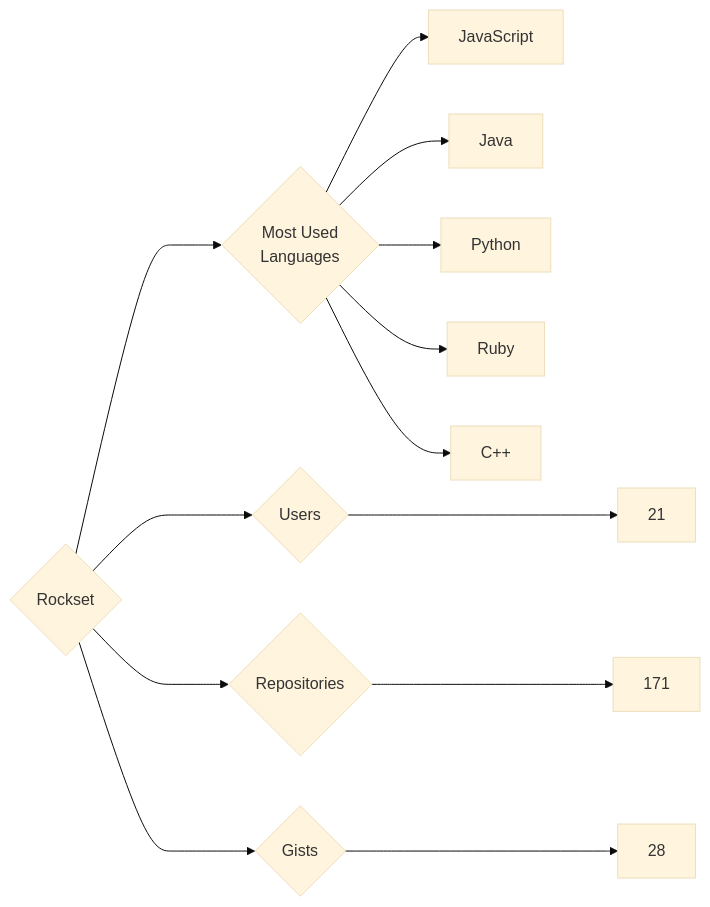
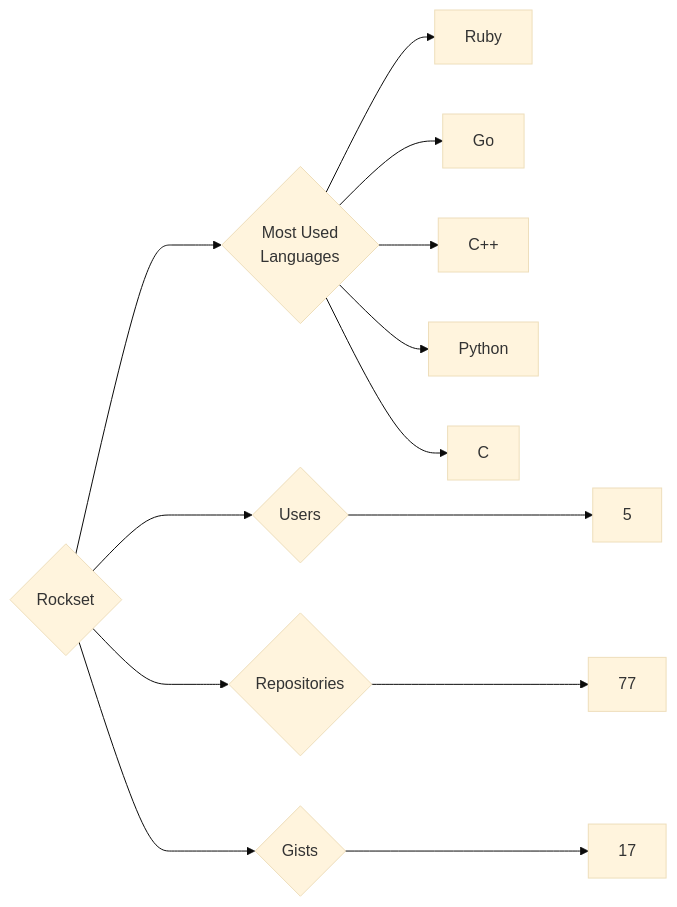
One commit to trickest/insiders changed the diagram in targets/Rockset/README.md. Above: the diagram before and after it, drawn with Mermaid (base theme). The commit also changed 965 other files, not shown here.

````diff
--- a/targets/Rockset/README.md
+++ b/targets/Rockset/README.md
@@ -3,13 +3,13 @@
 ```mermaid
 graph LR
 COMPANY_NAME{Rockset}
-COMPANY_NAME ---> U{Users} ---> UN[21]
-COMPANY_NAME ---> R{Repositories} ---> RN[171]
-COMPANY_NAME ---> G{Gists} ---> GN[28]
+COMPANY_NAME ---> U{Users} ---> UN[5]
+COMPANY_NAME ---> R{Repositories} ---> RN[77]
+COMPANY_NAME ---> G{Gists} ---> GN[17]
 COMPANY_NAME ---> ML{Most Used<br>Languages}
-ML --> JavaScript[JavaScript]
-ML --> Java[Java]
+ML --> Ruby[Ruby]
+ML --> Go[Go]
+ML --> C++[C++]
 ML --> Python[Python]
-ML --> Ruby[Ruby]
-ML --> C++[C++]
+ML --> C[C]
 ```
````
